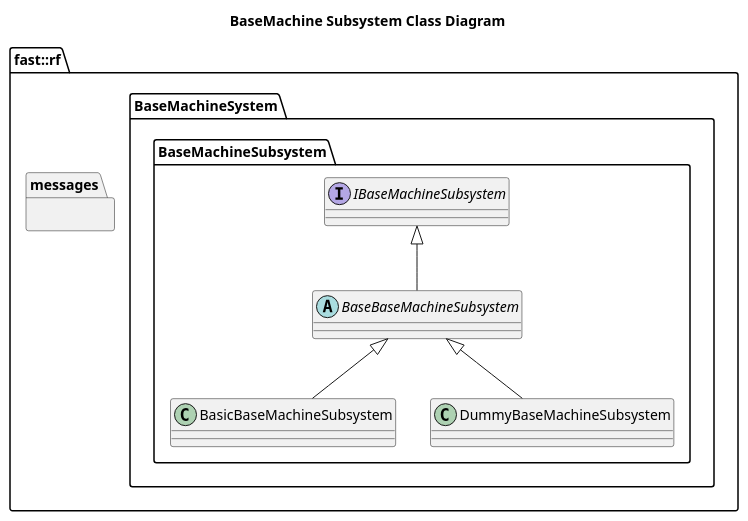
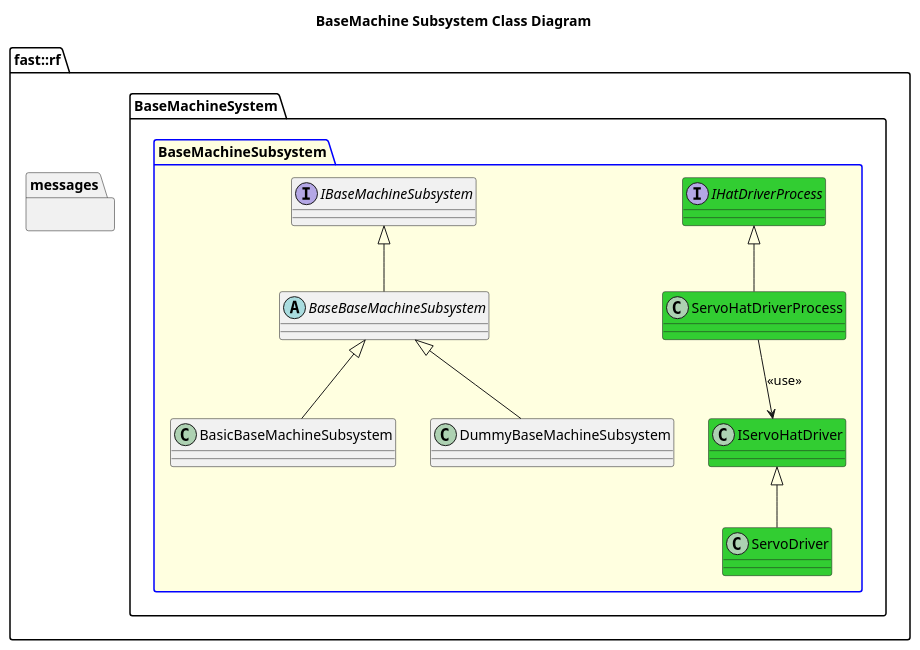
One commit to fastrobotics/robot_framework changed the diagram in Systems/BaseMachine/Subsystems/BaseMachine/doc/puml/BaseMachineSubsystemClassDiagram.puml. Above: the diagram before and after it, drawn with PlantUML. The commit also changed 64 other files, not shown here.

```diff
--- a/Systems/BaseMachine/Subsystems/BaseMachine/doc/puml/BaseMachineSubsystemClassDiagram.puml
+++ b/Systems/BaseMachine/Subsystems/BaseMachine/doc/puml/BaseMachineSubsystemClassDiagram.puml
@@ -1,24 +1,32 @@
 @startuml
 title BaseMachine Subsystem Class Diagram
 namespace fast::rf {
   namespace messages {
   }
   namespace BaseMachineSystem {
-    namespace BaseMachineSubsystem {
+    package BaseMachineSubsystem #LightYellow;line:blue  {
       interface IBaseMachineSubsystem {
 
       }
       abstract BaseBaseMachineSubsystem {
 
       }
       BaseBaseMachineSubsystem -up-|> IBaseMachineSubsystem
       class BasicBaseMachineSubsystem {
       }
       BasicBaseMachineSubsystem -up-|> BaseBaseMachineSubsystem
       class DummyBaseMachineSubsystem {
       }
       DummyBaseMachineSubsystem -up-|> BaseBaseMachineSubsystem
+      interface IHatDriverProcess #LimeGreen
+      class ServoHatDriverProcess #LimeGreen
+      ServoHatDriverProcess -up-|> IHatDriverProcess
+      class IServoHatDriver #LimeGreen
+      class ServoDriver #LimeGreen
+      ServoDriver -up-|> IServoHatDriver
+      ServoHatDriverProcess --> IServoHatDriver: <<use>>
+
     }
   }
 }
 @enduml
```
